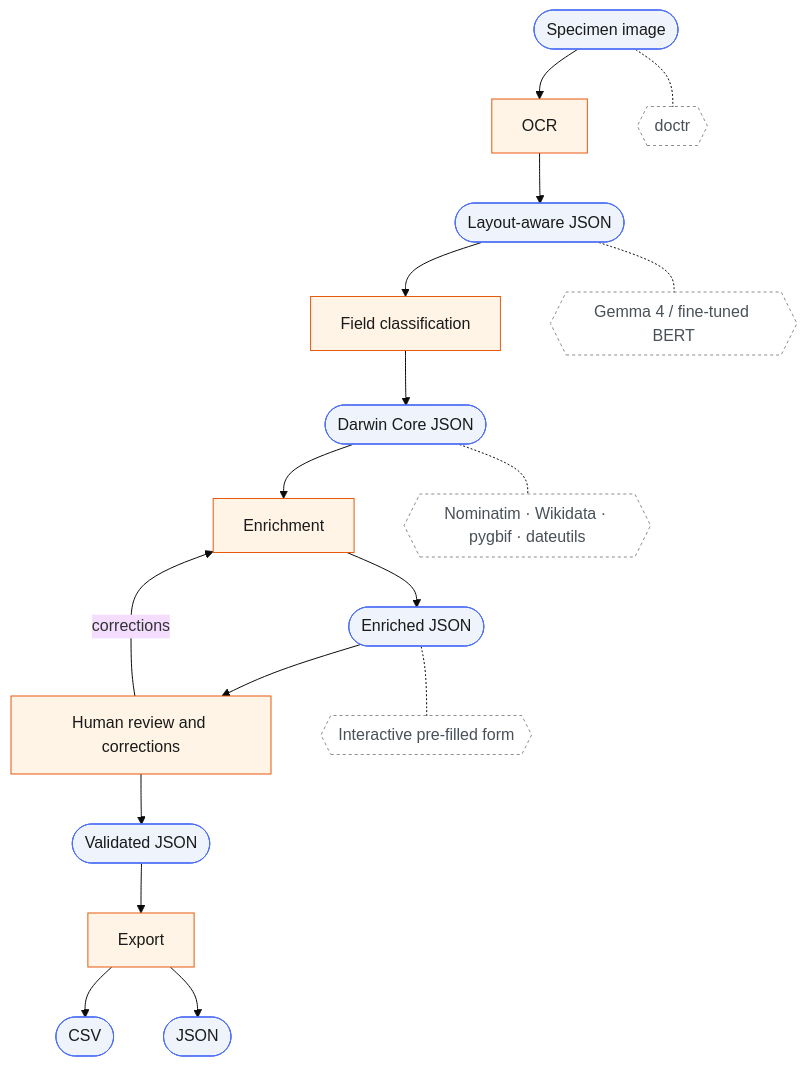
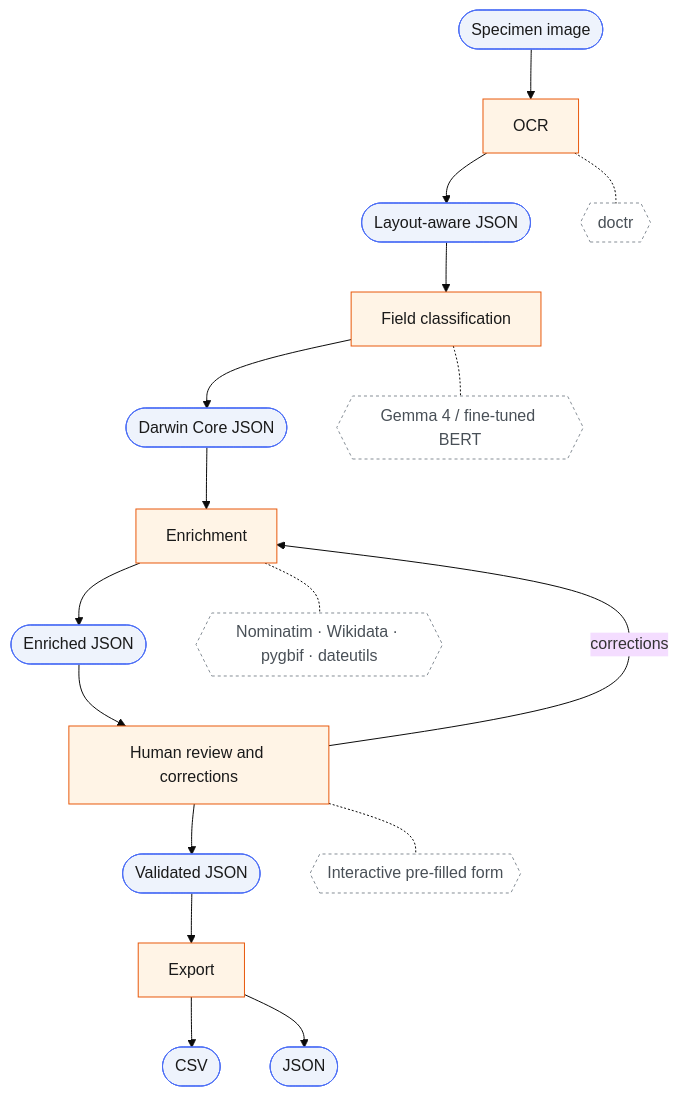
Before and after one commit to sdsc-ordes/speciai: the diagram in docs/pipeline-diagram.md, drawn with Mermaid (base theme).

Commit message:
chore: attach technology to process, not data

````diff
--- a/docs/pipeline-diagram.md
+++ b/docs/pipeline-diagram.md
@@ -5,39 +5,39 @@
 ```mermaid
 flowchart TD
     IMG(["Specimen image"])
     LAYOUT(["Layout-aware JSON"])
     DWC(["Darwin Core JSON"])
     ENRICHED(["Enriched JSON"])
     VALID(["Validated JSON"])
     CSV(["CSV"])
     JSONOUT(["JSON"])
 
     OCR[OCR]
     CLASSIFY[Field classification]
     ENRICH[Enrichment]
     REVIEW[Human review and corrections]
     EXPORT[Export]
 
     DOCTR{{doctr}}
     GEMMA{{"Gemma 4 / fine-tuned BERT"}}
     ENRICHTECH{{"Nominatim · Wikidata · pygbif · dateutils"}}
     FORM{{"Interactive pre-filled form"}}
 
     IMG --> OCR --> LAYOUT --> CLASSIFY --> DWC --> ENRICH --> ENRICHED --> REVIEW --> VALID --> EXPORT
     EXPORT --> CSV
     EXPORT --> JSONOUT
     REVIEW -->|corrections| ENRICH
 
-    IMG -.- DOCTR
-    LAYOUT -.- GEMMA
-    DWC -.- ENRICHTECH
-    ENRICHED -.- FORM
+    OCR -.- DOCTR
+    CLASSIFY -.- GEMMA
+    ENRICH -.- ENRICHTECH
+    REVIEW -.- FORM
 
     classDef data fill:#eef3fc,stroke:#4c6ef5,color:#1a1a1a;
     classDef proc fill:#fff4e6,stroke:#e8590c,color:#1a1a1a;
     classDef tech fill:none,stroke:#868e96,stroke-dasharray: 3 3,color:#495057;
 
     class IMG,LAYOUT,DWC,ENRICHED,VALID,CSV,JSONOUT data;
     class OCR,CLASSIFY,ENRICH,REVIEW,EXPORT proc;
     class DOCTR,GEMMA,ENRICHTECH,FORM tech;
 ```
````
